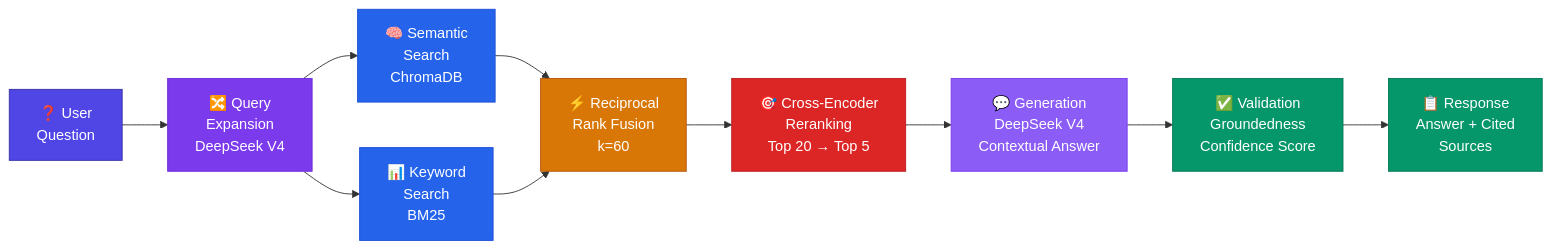
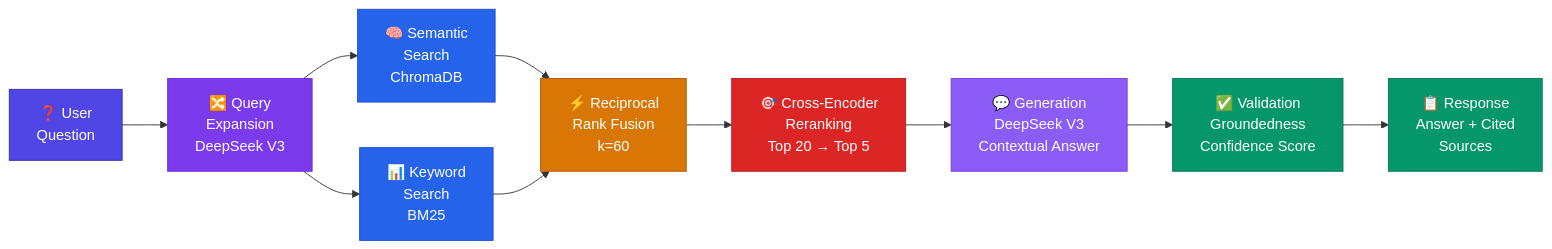
Before and after one commit to darylrafael/rag-document-intelligence: the second of 2 diagrams in README.md, drawn with Mermaid. The commit also changed other lines of this file and 2 other files, not shown here.

Commit message:
Fix model name: DeepSeek V3 (not V4) matches deepseek/deepseek-chat on OpenRouter

````diff
--- a/README.md
+++ b/README.md
@@ -55,22 +55,22 @@
 ```mermaid
 flowchart LR
-    Q["❓ User\nQuestion"] --> EX["🔀 Query\nExpansion\nDeepSeek V4"]
+    Q["❓ User\nQuestion"] --> EX["🔀 Query\nExpansion\nDeepSeek V3"]
     EX --> S1["🧠 Semantic\nSearch\nChromaDB"]
     EX --> S2["📊 Keyword\nSearch\nBM25"]
     S1 --> RRF["⚡ Reciprocal\nRank Fusion\nk=60"]
     S2 --> RRF
     RRF --> RR["🎯 Cross-Encoder\nReranking\nTop 20 → Top 5"]
-    RR --> GEN["💬 Generation\nDeepSeek V4\nContextual Answer"]
+    RR --> GEN["💬 Generation\nDeepSeek V3\nContextual Answer"]
     GEN --> VAL["✅ Validation\nGroundedness\nConfidence Score"]
     VAL --> OUT["📋 Response\nAnswer + Cited\nSources"]
 
     style Q fill:#4f46e5,stroke:#3730a3,color:#fff
     style EX fill:#7c3aed,stroke:#6d28d9,color:#fff
     style S1 fill:#2563eb,stroke:#1d4ed8,color:#fff
     style S2 fill:#2563eb,stroke:#1d4ed8,color:#fff
     style RRF fill:#d97706,stroke:#b45309,color:#fff
     style RR fill:#dc2626,stroke:#b91c1c,color:#fff
     style GEN fill:#8b5cf6,stroke:#7c3aed,color:#fff
     style VAL fill:#059669,stroke:#047857,color:#fff
     style OUT fill:#059669,stroke:#047857,color:#fff
 ```
````
